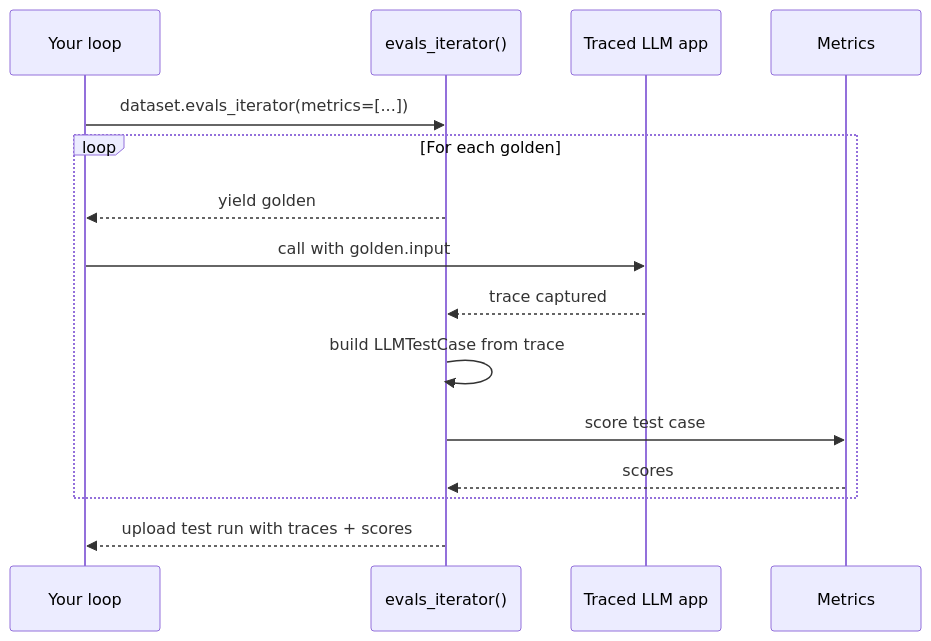
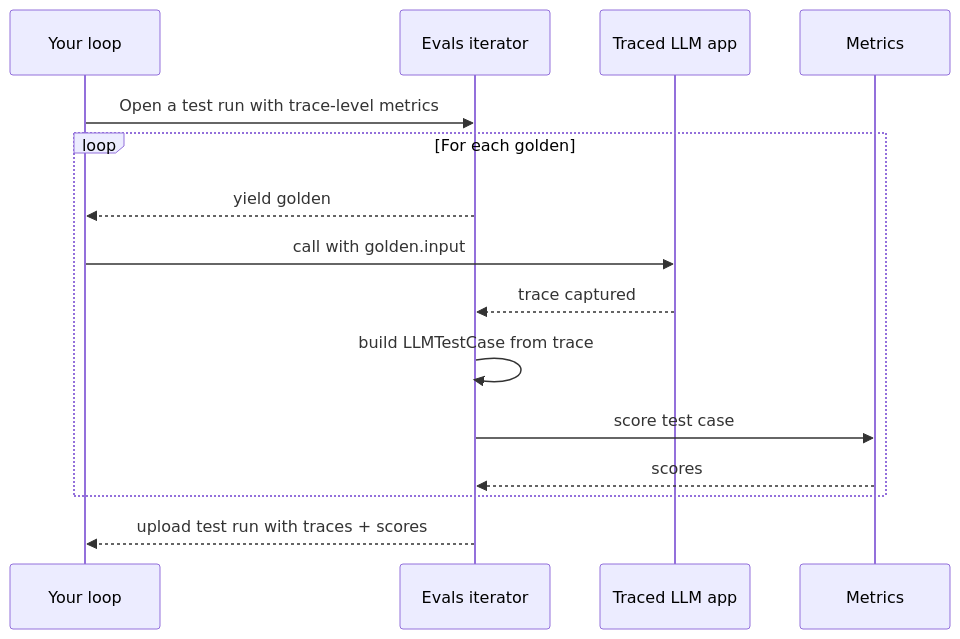
Before and after one commit to confident-ai/deepeval: the first of 2 diagrams in docs/content/docs/evaluation-end-to-end-single-turn.mdx, drawn with Mermaid. The commit also changed other lines of this file and 16 other files, not shown here.

````diff
--- a/docs/content/docs/evaluation-end-to-end-single-turn.mdx
+++ b/docs/content/docs/evaluation-end-to-end-single-turn.mdx
@@ -31,18 +31,18 @@
 ```mermaid
 sequenceDiagram
     participant You as Your loop
-    participant Eval as evals_iterator()
+    participant Eval as Evals iterator
     participant App as Traced LLM app
     participant Metrics as Metrics
 
-    You->>Eval: dataset.evals_iterator(metrics=[...])
+    You->>Eval: Open a test run with trace-level metrics
     loop For each golden
         Eval-->>You: yield golden
         You->>App: call with golden.input
         App-->>Eval: trace captured
         Eval->>Eval: build LLMTestCase from trace
         Eval->>Metrics: score test case
         Metrics-->>Eval: scores
     end
     Eval-->>You: upload test run with traces + scores
 ```
````
